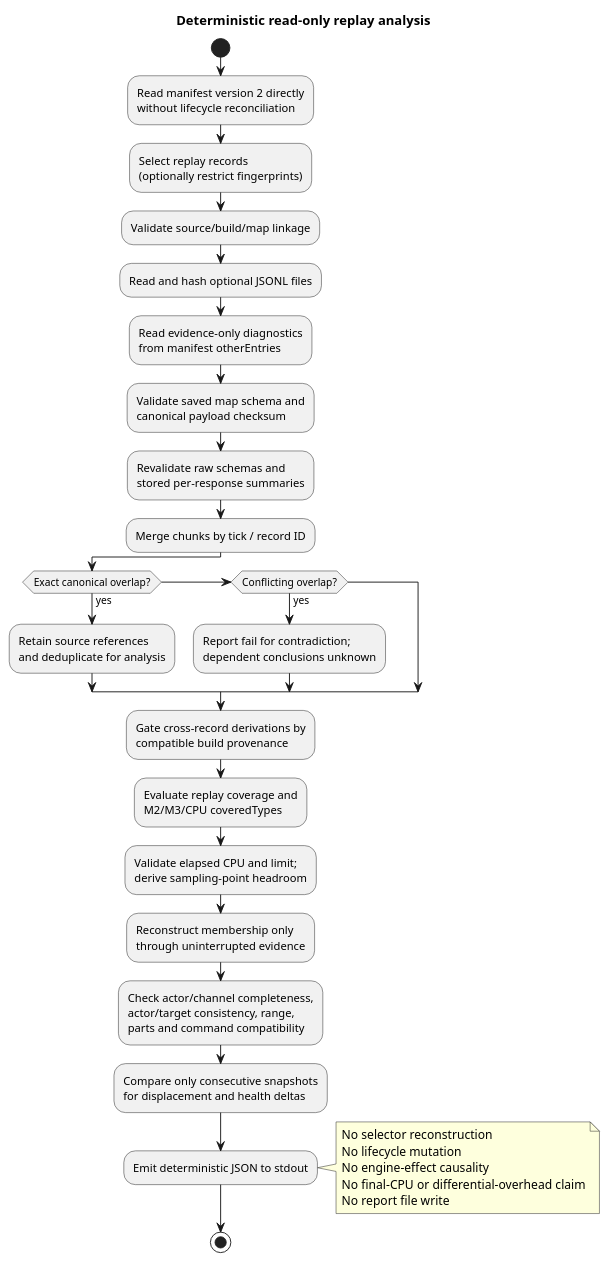
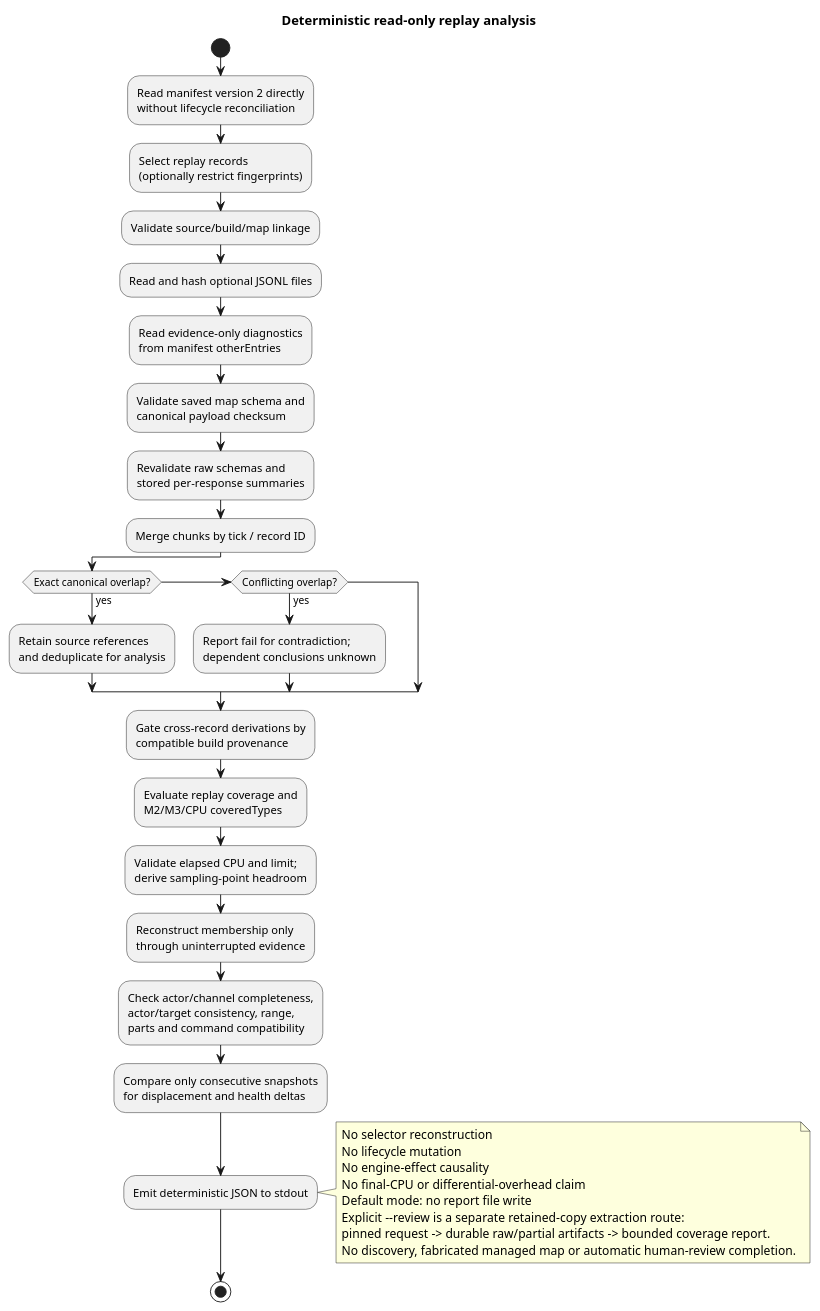
One commit to zolcsika71/pain_and_gain changed the diagram in docs/diagrams/replay-analysis.puml. Above: the diagram before and after it, drawn with PlantUML. The commit also changed 7 other files, not shown here.

First line of the commit message:
feat: add bounded resumable retained replay extraction

```diff
--- a/docs/diagrams/replay-analysis.puml
+++ b/docs/diagrams/replay-analysis.puml
@@ -1,34 +1,37 @@
 @startuml
 title Deterministic read-only replay analysis
 
 start
 :Read manifest version 2 directly\nwithout lifecycle reconciliation;
 :Select replay records\n(optionally restrict fingerprints);
 :Validate source/build/map linkage;
 :Read and hash optional JSONL files;
 :Read evidence-only diagnostics\nfrom manifest otherEntries;
 :Validate saved map schema and\ncanonical payload checksum;
 :Revalidate raw schemas and\nstored per-response summaries;
 :Merge chunks by tick / record ID;
 if (Exact canonical overlap?) then (yes)
   :Retain source references\nand deduplicate for analysis;
 elseif (Conflicting overlap?) then (yes)
   :Report fail for contradiction;\ndependent conclusions unknown;
 endif
 :Gate cross-record derivations by\ncompatible build provenance;
 :Evaluate replay coverage and\nM2/M3/CPU coveredTypes;
 :Validate elapsed CPU and limit;\nderive sampling-point headroom;
 :Reconstruct membership only\nthrough uninterrupted evidence;
 :Check actor/channel completeness,\nactor/target consistency, range,\nparts and command compatibility;
 :Compare only consecutive snapshots\nfor displacement and health deltas;
 :Emit deterministic JSON to stdout;
 note right
   No selector reconstruction
   No lifecycle mutation
   No engine-effect causality
   No final-CPU or differential-overhead claim
-  No report file write
+  Default mode: no report file write
+  Explicit --review is a separate retained-copy extraction route:
+  pinned request -> durable raw/partial artifacts -> bounded coverage report.
+  No discovery, fabricated managed map or automatic human-review completion.
 end note
 stop
 
 @enduml
```
